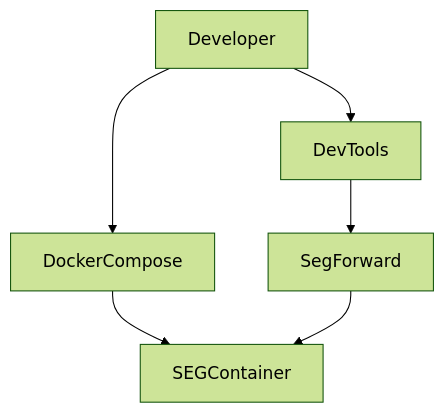
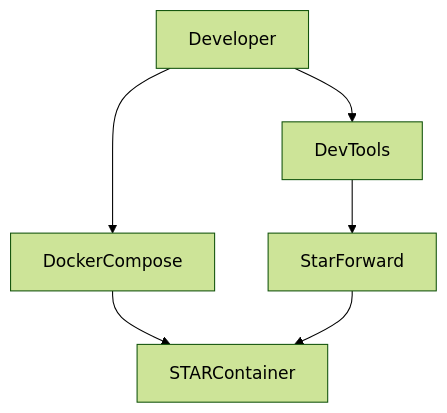
The third of 3 diagrams in DEVELOPMENT.md (Libertocrat/star), drawn with Mermaid (forest theme) before and after one commit. The commit also changed other lines of this file and 232 other files, not shown here.

First line of the commit message:
chore(repo): migrate SEG branding to STAR

````diff
--- a/DEVELOPMENT.md
+++ b/DEVELOPMENT.md
@@ -594,9 +594,9 @@
 ```mermaid
 flowchart TD
 Developer --> DockerCompose
-DockerCompose --> SEGContainer
+DockerCompose --> STARContainer
 
 Developer --> DevTools
-DevTools --> SegForward
-SegForward --> SEGContainer
+DevTools --> StarForward
+StarForward --> STARContainer
 ```
````
